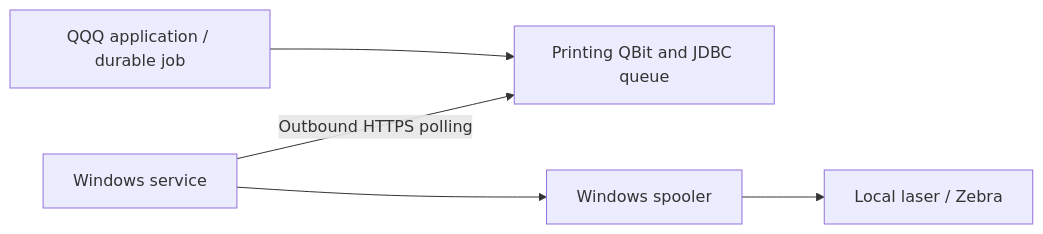
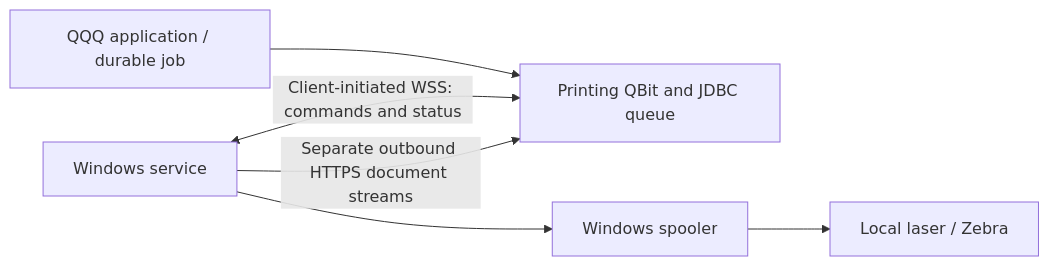
One commit to QRun-IO/qbit-printing changed the diagram in README.md. Above: the diagram before and after it, drawn with Mermaid. The commit also changed other lines of this file and 34 other files, not shown here.

````diff
--- a/README.md
+++ b/README.md
@@ -11,7 +11,8 @@
 ```mermaid
 flowchart LR
   A[QQQ application / durable job] --> B[Printing QBit and JDBC queue]
-  C[Windows service] -->|Outbound HTTPS polling| B
+  C[Windows service] <-->|Client-initiated WSS: commands and status| B
+  C -->|Separate outbound HTTPS document streams| B
   C --> D[Windows spooler]
   D --> E[Local laser / Zebra]
 ```
````
